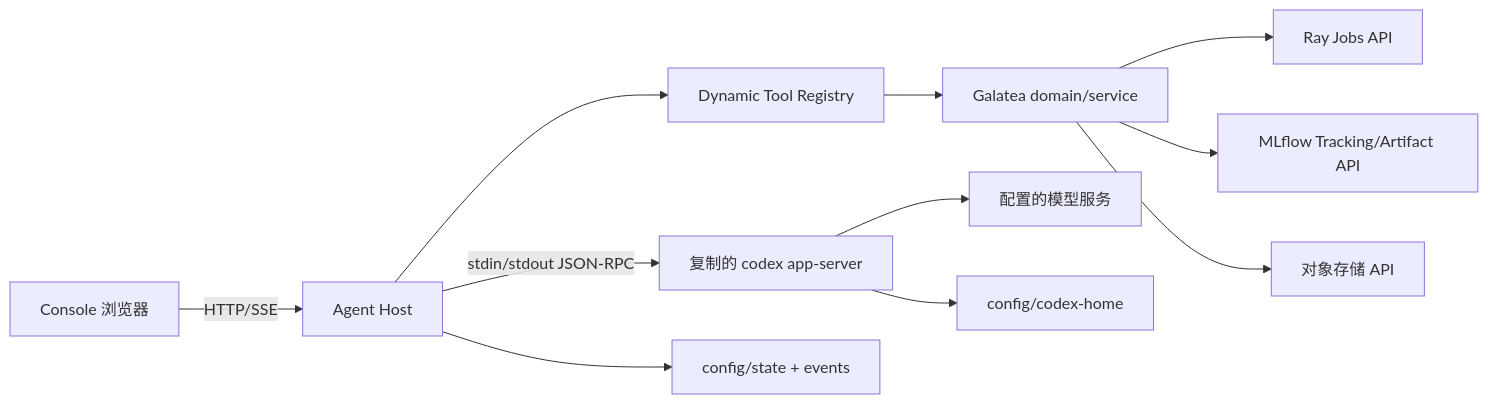
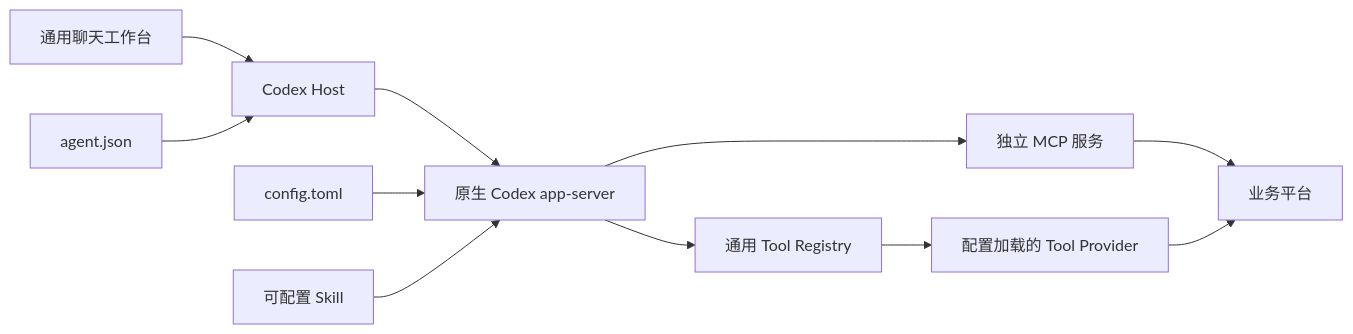
One commit to lunasaw/Galatea changed the diagram in agents/codex-app-server/docs/01-architecture.md. Above: the diagram before and after it, drawn with Mermaid. The commit also changed other lines of this file and 187 other files, not shown here.

First line of the commit message:
platform: decouple Codex host and harden governed training

````diff
--- a/agents/codex-app-server/docs/01-architecture.md
+++ b/agents/codex-app-server/docs/01-architecture.md
@@ -20,13 +3,13 @@
 ```mermaid
 flowchart LR
-    Browser[Console 浏览器] -->|HTTP/SSE| Host[Agent Host]
-    Host -->|stdin/stdout JSON-RPC| Codex[复制的 codex app-server]
-    Host --> Registry[Dynamic Tool Registry]
-    Registry --> Domain[Galatea domain/service]
-    Domain --> Ray[Ray Jobs API]
-    Domain --> MLflow[MLflow Tracking/Artifact API]
-    Domain --> Object[对象存储 API]
-    Codex --> Model[配置的模型服务]
-    Codex --> Home[config/codex-home]
-    Host --> State[config/state + events]
+    UI[通用聊天工作台] --> Host[Codex Host]
+    Host --> Runtime[原生 Codex app-server]
+    Config[agent.json] --> Host
+    NativeConfig[config.toml] --> Runtime
+    Skills[可配置 Skill] --> Runtime
+    Runtime --> MCP[独立 MCP 服务]
+    Runtime --> Registry[通用 Tool Registry]
+    Registry --> Provider[配置加载的 Tool Provider]
+    MCP --> Business[业务平台]
+    Provider --> Business
 ```
````
